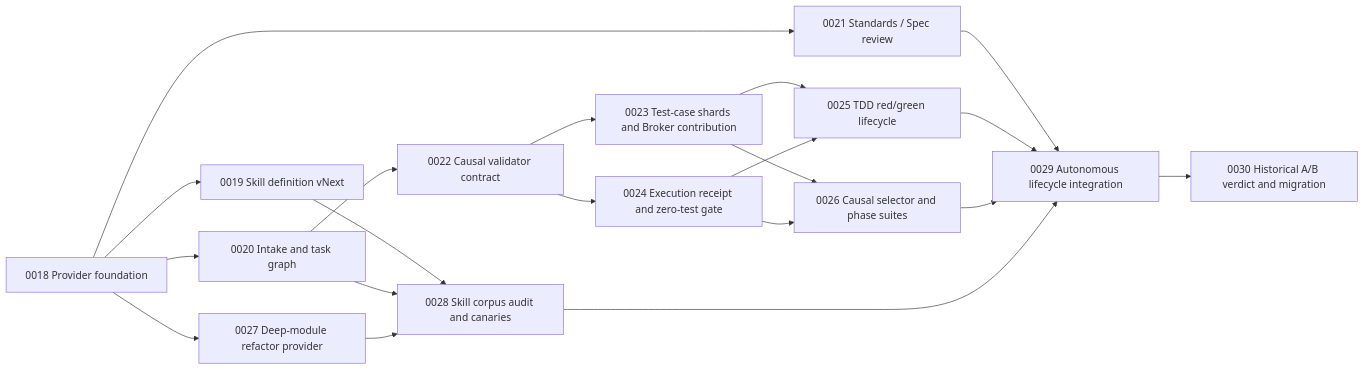
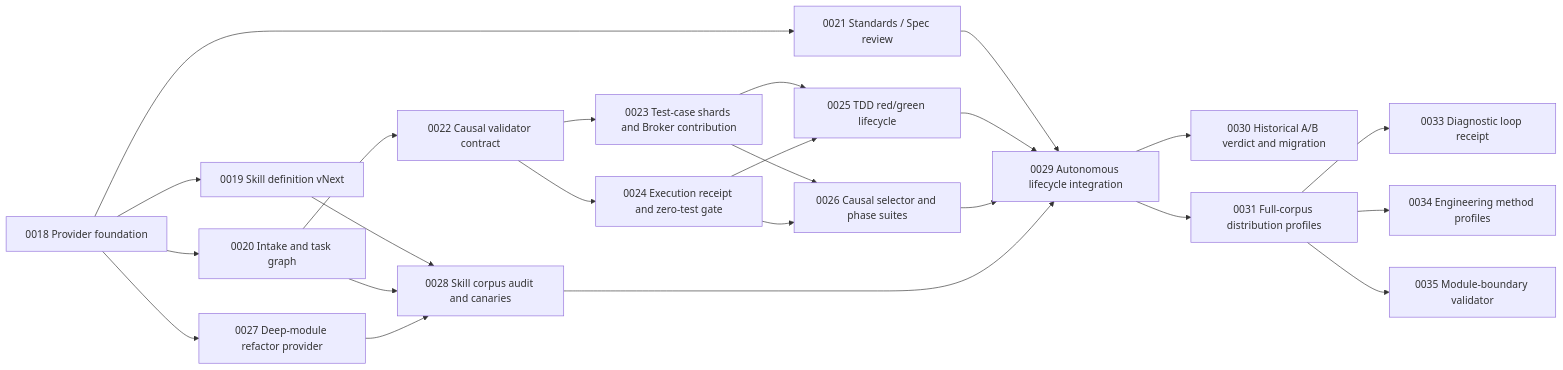
Before and after one commit to eaglhuang/3klife: the diagram in docs/ai_atomic_framework/skl-tool-first-upgrade/SKL-validator-governance-test-case-catalog-plan.md, drawn with Mermaid. The commit also changed other lines of this file and 8 other files, not shown here.

````diff
--- a/docs/ai_atomic_framework/skl-tool-first-upgrade/SKL-validator-governance-test-case-catalog-plan.md
+++ b/docs/ai_atomic_framework/skl-tool-first-upgrade/SKL-validator-governance-test-case-catalog-plan.md
@@ -450,22 +450,26 @@
 ```mermaid
 flowchart LR
     T18["0018 Provider foundation"] --> T19["0019 Skill definition vNext"]
     T18 --> T20["0020 Intake and task graph"]
     T18 --> T21["0021 Standards / Spec review"]
     T20 --> T22["0022 Causal validator contract"]
     T22 --> T23["0023 Test-case shards and Broker contribution"]
     T22 --> T24["0024 Execution receipt and zero-test gate"]
     T23 --> T25["0025 TDD red/green lifecycle"]
     T24 --> T25
     T23 --> T26["0026 Causal selector and phase suites"]
     T24 --> T26
     T18 --> T27["0027 Deep-module refactor provider"]
     T19 --> T28["0028 Skill corpus audit and canaries"]
     T20 --> T28
     T27 --> T28
     T21 --> T29["0029 Autonomous lifecycle integration"]
     T25 --> T29
     T26 --> T29
     T28 --> T29
     T29 --> T30["0030 Historical A/B verdict and migration"]
+    T29 --> T31["0031 Full-corpus distribution profiles"]
+    T31 --> T33["0033 Diagnostic loop receipt"]
+    T31 --> T34["0034 Engineering method profiles"]
+    T31 --> T35["0035 Module-boundary validator"]
 ```
````
